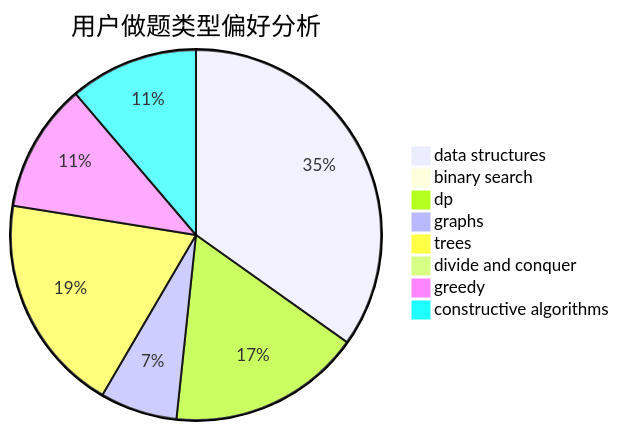
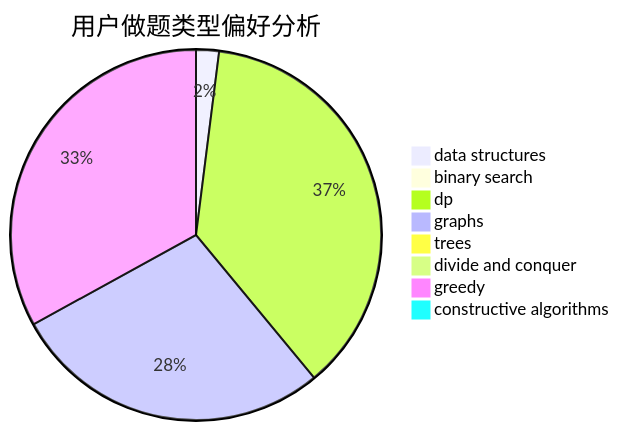
The second of 3 diagrams in docs/user/u2495.md (sherpahu/cfrs.github.io), drawn with Mermaid before and after one commit. The commit also changed other lines of this file and 2770 other files, not shown here.

````diff
--- a/docs/user/u2495.md
+++ b/docs/user/u2495.md
@@ -23,11 +23,11 @@
 ```mermaid
 pie title 用户做题类型偏好分析
-    "data structures" :  31
+    "data structures" :  2
     "binary search" :  0
-    "dp" :  15
-    "graphs" :  6
-    "trees" :  17
+    "dp" :  37
+    "graphs" :  28
+    "trees" :  0
     "divide and conquer" :  0
-    "greedy" :  10
-    "constructive algorithms" :  10
+    "greedy" :  33
+    "constructive algorithms" :  1
 ```
````
